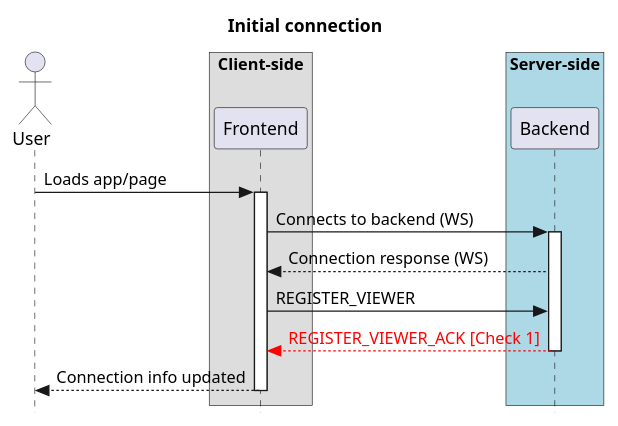
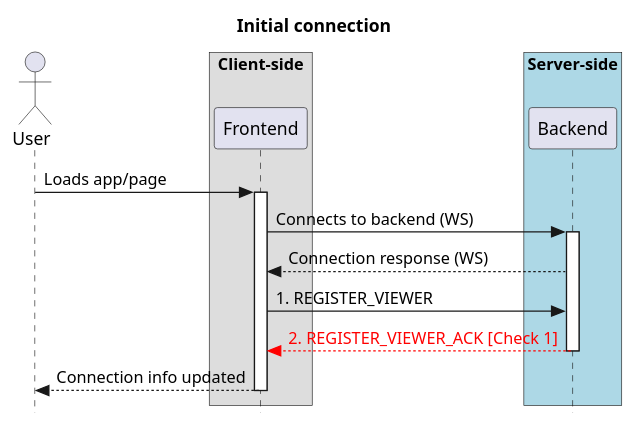
One commit to CARTAvis/ICD-RxJS changed the diagram in docs/source/session.rst. Above: the diagram before and after it, drawn with PlantUML. The commit also changed 1 other file, not shown here.

Commit message:
Revise the sequence diagram

```diff
--- a/docs/source/session.rst
+++ b/docs/source/session.rst
@@ -4,25 +4,25 @@
 .. uml::
     
     skinparam style strictuml
     hide footbox
     title Initial connection
     
     actor User
     box "Client-side"
     participant Frontend
     end box
     
     box "Server-side" #lightblue
     participant Backend
     end box
 
     User -> Frontend : Loads app/page
     activate Frontend
     Frontend -> Backend : Connects to backend (WS)
     activate Backend
     Frontend <-- Backend : Connection response (WS)
-    Frontend -> Backend : REGISTER_VIEWER
-    Frontend <--[#red] Backend : <font color="red">REGISTER_VIEWER_ACK [Check 1]</font>
+    Frontend -> Backend : 1. REGISTER_VIEWER
+    Frontend <--[#red] Backend : <font color="red">2. REGISTER_VIEWER_ACK [Check 1]</font>
     deactivate Backend
     User <-- Frontend : Connection info updated
     deactivate Frontend
```
